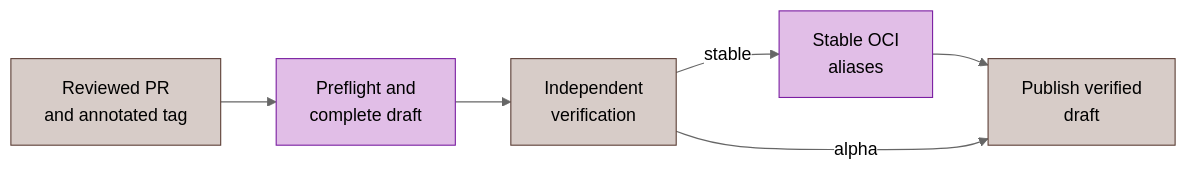
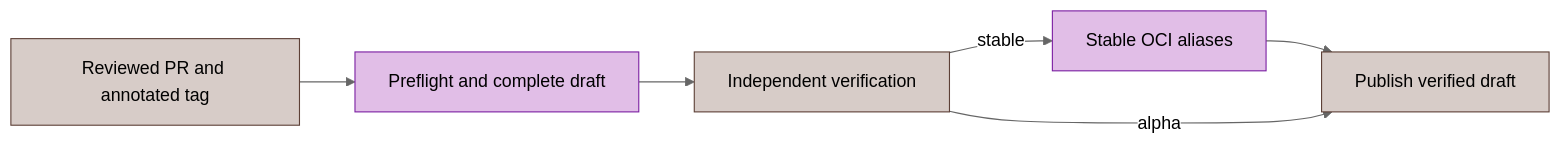
Before and after one commit to dantte-lp/gobfd: the diagram in docs/en/reference/automation.md, drawn with Mermaid (neutral theme). The commit also changed 48 other files, not shown here.

First line of the commit message:
docs: align v1.0 documentation with codebase, unify Mermaid, and add mascot logo

````diff
--- a/docs/en/reference/automation.md
+++ b/docs/en/reference/automation.md
@@ -70,12 +70,12 @@
 ```mermaid
 flowchart LR
-  accTitle: Release proposal, verification and publication
-  accDescr: A reviewed release PR and annotated tag precede draft verification; only stable releases promote aliases.
-    proposal["Reviewed PR<br/>and annotated tag"]:::mgt --> build["Preflight and<br/>complete draft"]:::srv
-    build --> verify["Independent<br/>verification"]:::mgt
-    verify -->|"stable"| aliases["Stable OCI<br/>aliases"]:::srv
-    aliases --> publish["Publish verified<br/>draft"]:::mgt
+    accTitle: Release proposal, verification and publication
+    accDescr: A reviewed release PR and annotated tag precede draft verification; only stable releases promote aliases.
+    proposal["Reviewed PR and annotated tag"]:::mgt --> build["Preflight and complete draft"]:::srv
+    build --> verify["Independent verification"]:::mgt
+    verify -->|"stable"| aliases["Stable OCI aliases"]:::srv
+    aliases --> publish["Publish verified draft"]:::mgt
     verify -->|"alpha"| publish
     classDef srv fill:#e1bee7,stroke:#7b1fa2,color:#000
     classDef mgt fill:#d7ccc8,stroke:#5d4037,color:#000
 ```
````
